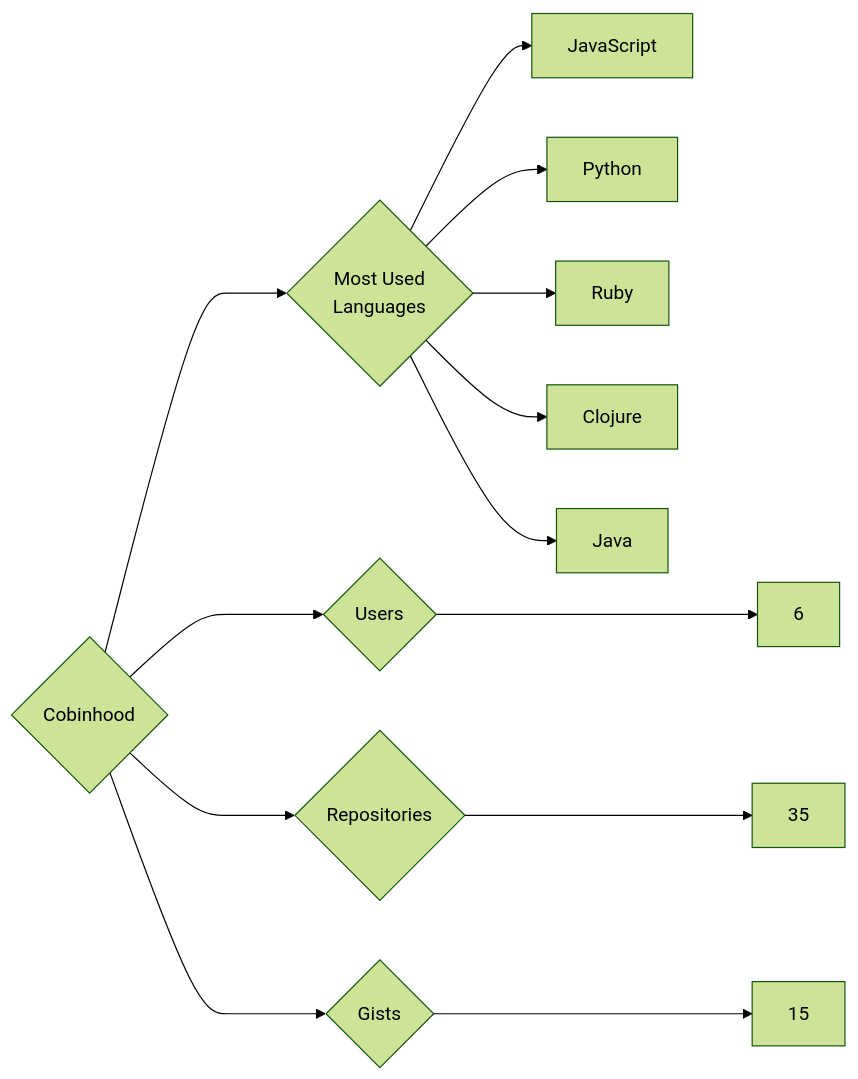
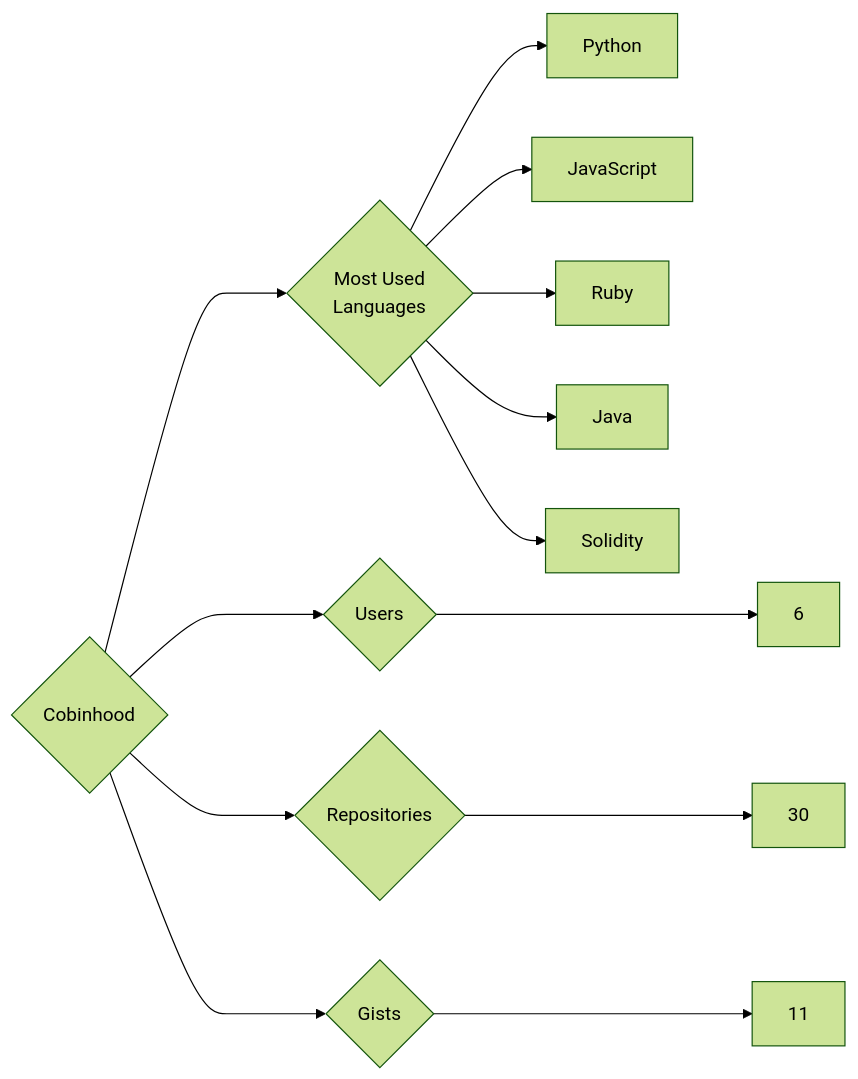
Before and after one commit to trickest/insiders: the diagram in targets/Cobinhood/README.md, drawn with Mermaid (forest theme). The commit also changed 933 other files, not shown here.

````diff
--- a/targets/Cobinhood/README.md
+++ b/targets/Cobinhood/README.md
@@ -3,13 +3,13 @@
 ```mermaid
 graph LR
 COMPANY_NAME{Cobinhood}
 COMPANY_NAME ---> U{Users} ---> UN[6]
-COMPANY_NAME ---> R{Repositories} ---> RN[35]
-COMPANY_NAME ---> G{Gists} ---> GN[15]
+COMPANY_NAME ---> R{Repositories} ---> RN[30]
+COMPANY_NAME ---> G{Gists} ---> GN[11]
 COMPANY_NAME ---> ML{Most Used<br>Languages}
+ML --> Python[Python]
 ML --> JavaScript[JavaScript]
-ML --> Python[Python]
 ML --> Ruby[Ruby]
-ML --> Clojure[Clojure]
 ML --> Java[Java]
+ML --> Solidity[Solidity]
 ```
````
